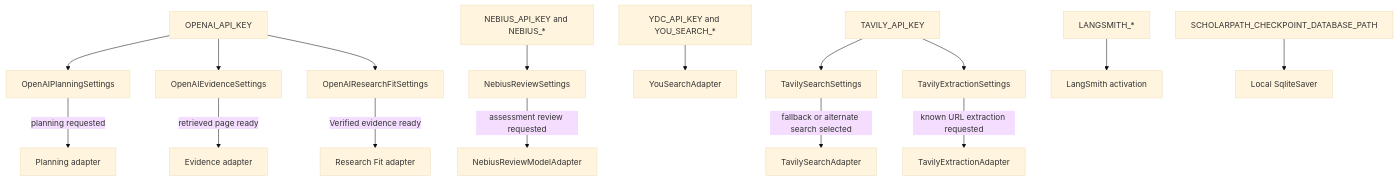
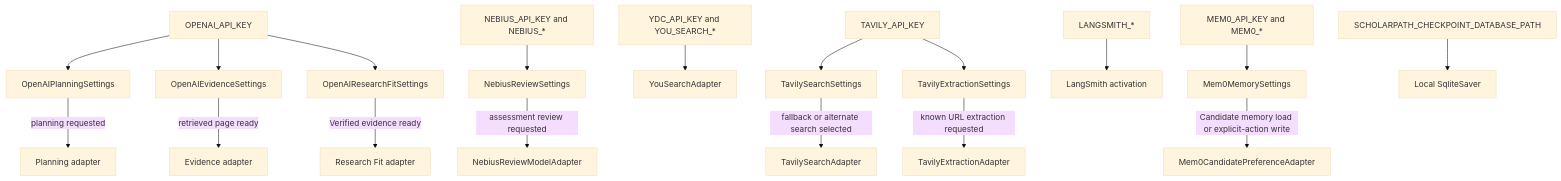
Diagram 17 of 18 in projects/scholar-path/docs/architecture.md (shanly-rajan/ai-builder), drawn with Mermaid (base theme) before and after one commit. The commit also changed other lines of this file and 42 other files, not shown here.

Commit message:
feat: add persistent Candidate preference memory

````diff
--- a/projects/scholar-path/docs/architecture.md
+++ b/projects/scholar-path/docs/architecture.md
@@ -627,18 +679,20 @@
 ```mermaid
 flowchart TB
     OAI[OPENAI_API_KEY] --> OP[OpenAIPlanningSettings]
     OAI --> OE[OpenAIEvidenceSettings]
     OAI --> ORF[OpenAIResearchFitSettings]
     OP -->|planning requested| OPA[Planning adapter]
     OE -->|retrieved page ready| OEA[Evidence adapter]
     ORF -->|Verified evidence ready| ORFA[Research Fit adapter]
     NEB[NEBIUS_API_KEY and NEBIUS_*] --> NS[NebiusReviewSettings]
     NS -->|assessment review requested| NRA[NebiusReviewModelAdapter]
     YDC[YDC_API_KEY and YOU_SEARCH_*] --> YOU[YouSearchAdapter]
     TKEY[TAVILY_API_KEY] --> TS[TavilySearchSettings]
     TKEY --> TE[TavilyExtractionSettings]
     TS -->|fallback or alternate search selected| TSA[TavilySearchAdapter]
     TE -->|known URL extraction requested| TEA[TavilyExtractionAdapter]
     LS[LANGSMITH_*] --> LSC[LangSmith activation]
+    MKEY[MEM0_API_KEY and MEM0_*] --> MS[Mem0MemorySettings]
+    MS -->|Candidate memory load or explicit-action write| MEMA[Mem0CandidatePreferenceAdapter]
     DB[SCHOLARPATH_CHECKPOINT_DATABASE_PATH] --> SQLITE[Local SqliteSaver]
 ```
````
